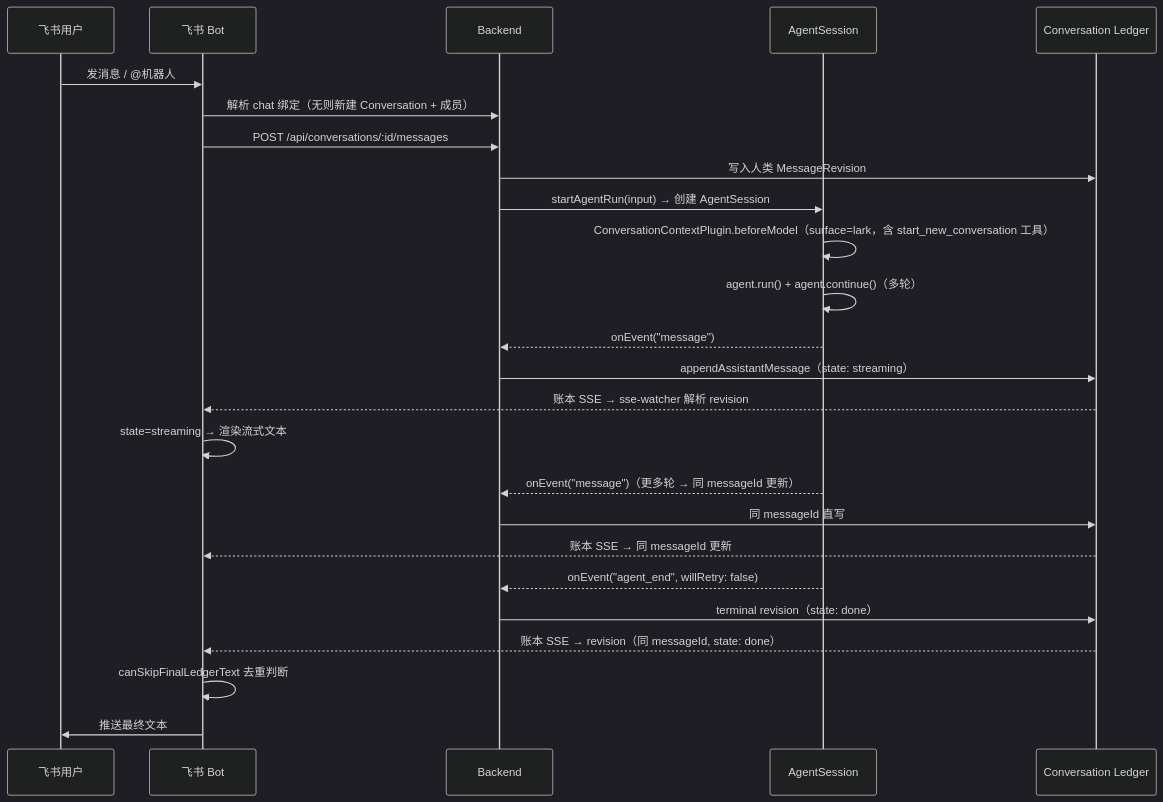
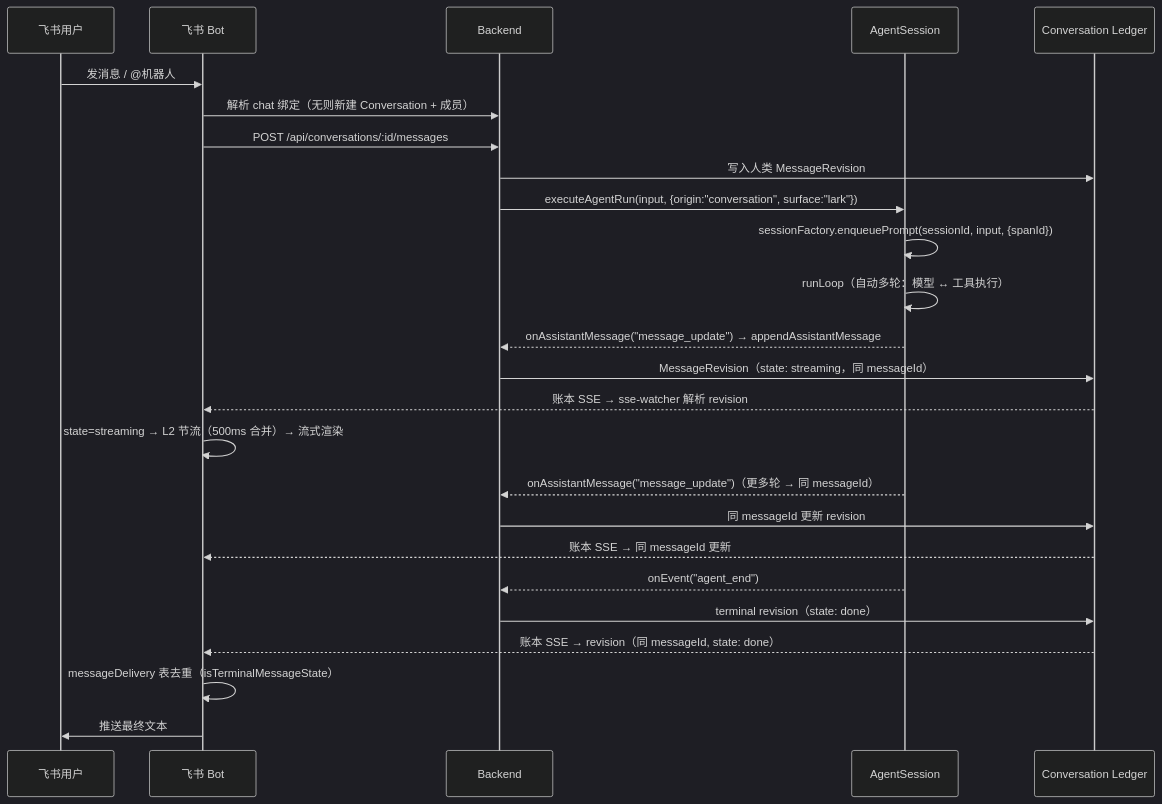
Before and after one commit to Chengchcc/my-agent-team: the diagram in docs/architecture/flows/e2e-lark-message.md, drawn with Mermaid (dark theme). The commit also changed other lines of this file and 14 other files, not shown here.

````diff
--- a/docs/architecture/flows/e2e-lark-message.md
+++ b/docs/architecture/flows/e2e-lark-message.md
@@ -20,28 +20,28 @@
 ```mermaid
 sequenceDiagram
   participant U as 飞书用户
   participant Bot as 飞书 Bot
   participant B as Backend
   participant AS as AgentSession
   participant L as Conversation Ledger
 
   U->>Bot: 发消息 / @机器人
   Bot->>B: 解析 chat 绑定（无则新建 Conversation + 成员）
   Bot->>B: POST /api/conversations/:id/messages
   B->>L: 写入人类 MessageRevision
-  B->>AS: startAgentRun(input) → 创建 AgentSession
-  AS->>AS: ConversationContextPlugin.beforeModel（surface=lark，含 start_new_conversation 工具）
-  AS->>AS: agent.run() + agent.continue()（多轮）
-  AS-->>B: onEvent("message")
-  B->>L: appendAssistantMessage（state: streaming）
+  B->>AS: executeAgentRun(input, {origin:"conversation", surface:"lark"})
+  AS->>AS: sessionFactory.enqueuePrompt(sessionId, input, {spanId})
+  AS->>AS: runLoop（自动多轮：模型 ↔ 工具执行）
+  AS-->>B: onAssistantMessage("message_update") → appendAssistantMessage
+  B->>L: MessageRevision（state: streaming，同 messageId）
   L-->>Bot: 账本 SSE → sse-watcher 解析 revision
-  Bot->>Bot: state=streaming → 渲染流式文本
-  AS-->>B: onEvent("message")（更多轮 → 同 messageId 更新）
-  B->>L: 同 messageId 直写
+  Bot->>Bot: state=streaming → L2 节流（500ms 合并）→ 流式渲染
+  AS-->>B: onAssistantMessage("message_update")（更多轮 → 同 messageId）
+  B->>L: 同 messageId 更新 revision
   L-->>Bot: 账本 SSE → 同 messageId 更新
-  AS-->>B: onEvent("agent_end", willRetry: false)
+  AS-->>B: onEvent("agent_end")
   B->>L: terminal revision（state: done）
   L-->>Bot: 账本 SSE → revision（同 messageId, state: done）
-  Bot->>Bot: canSkipFinalLedgerText 去重判断
+  Bot->>Bot: messageDelivery 表去重（isTerminalMessageState）
   Bot->>U: 推送最终文本
 ```
````
